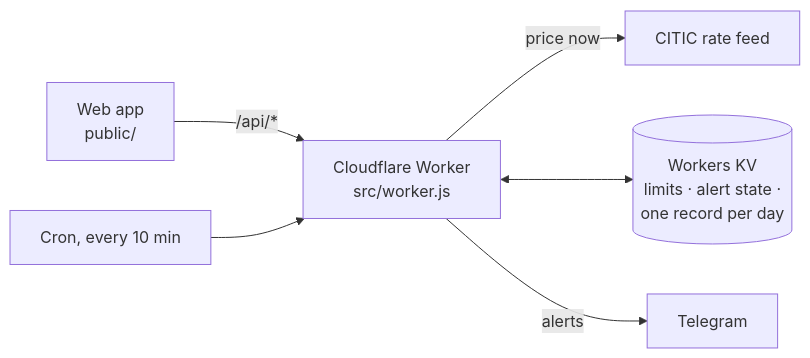
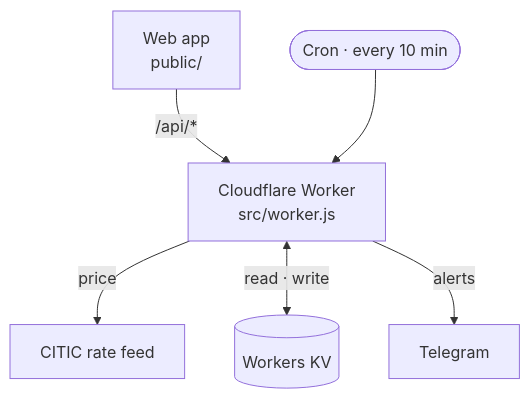
One commit to Ian9657/fx-watch changed the diagram in README.md. Above: the diagram before and after it, drawn with Mermaid.

Commit message:
README: a simpler diagram that fits

````diff
--- a/README.md
+++ b/README.md
@@ -56,8 +56,8 @@
 ```mermaid
-flowchart LR
-  P["Web app<br/>public/"] -- "/api/*" --> W["Cloudflare Worker<br/>src/worker.js"]
-  W -- "price now" --> C["CITIC rate feed"]
-  T["Cron, every 10 min"] --> W
-  W <--> K[("Workers KV<br/>limits · alert state ·<br/>one record per day")]
-  W -- "alerts" --> G["Telegram"]
+flowchart TB
+  app["Web app<br/>public/"] -- "/api/*" --> worker["Cloudflare Worker<br/>src/worker.js"]
+  cron(["Cron · every 10 min"]) --> worker
+  worker -- "price" --> citic["CITIC rate feed"]
+  worker <-- "read · write" --> kv[("Workers KV")]
+  worker -- "alerts" --> tg["Telegram"]
 ```
````
